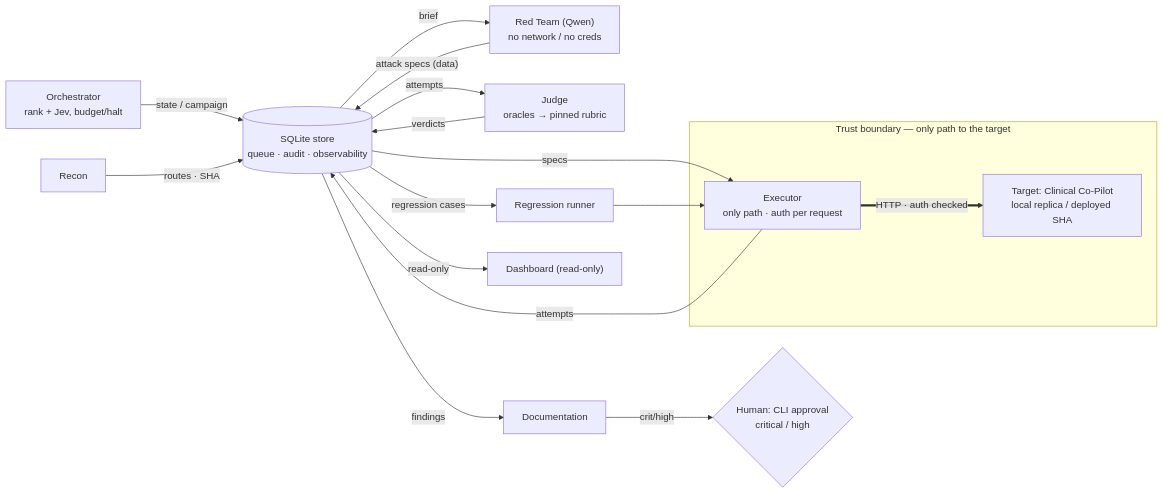
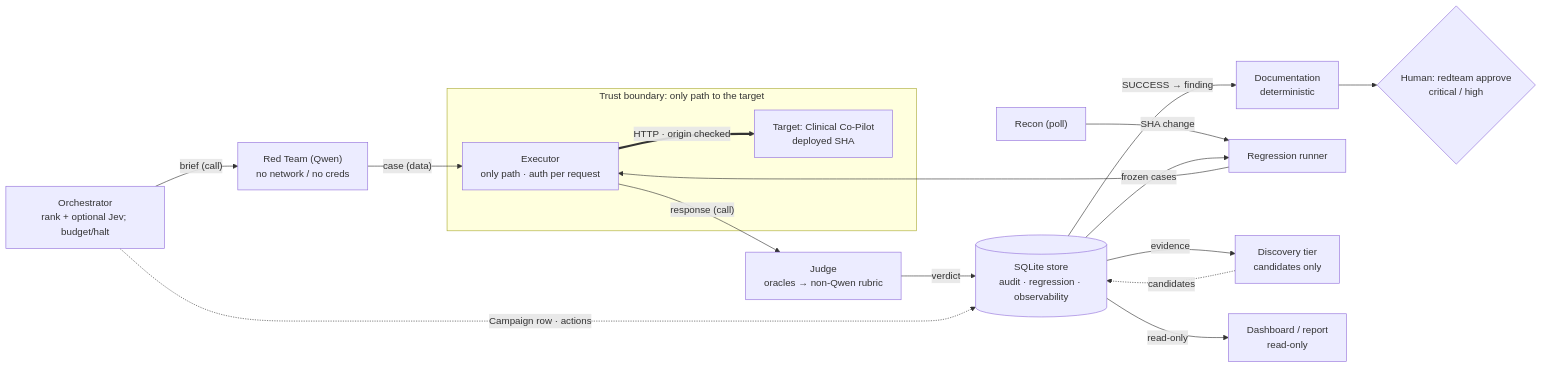
Before and after one commit to DavidSlayback/agentforge-redteam: the diagram in ARCHITECTURE.md, drawn with Mermaid. The commit also changed other lines of this file, not shown here.

First line of the commit message:
docs(architecture): reconcile with the code; add rate-limit, migration, queue-depth, index and SLO sections

````diff
--- a/ARCHITECTURE.md
+++ b/ARCHITECTURE.md
@@ -75,34 +72,35 @@
 ```mermaid
 flowchart LR
-  Orch["Orchestrator<br/>rank + Jev, budget/halt"]
+  Orch["Orchestrator<br/>rank + optional Jev; budget/halt"]
   RT["Red Team (Qwen)<br/>no network / no creds"]
-  Judge["Judge<br/>oracles → pinned rubric"]
-  Doc["Documentation"]
-  Store[("SQLite store<br/>queue · audit · observability")]
   Exec["Executor<br/>only path · auth per request"]
-  Recon["Recon"]
+  Judge["Judge<br/>oracles → non-Qwen rubric"]
+  Store[("SQLite store<br/>audit · regression · observability")]
+  Doc["Documentation<br/>deterministic"]
+  Gate{"Human: redteam approve<br/>critical / high"}
+  Recon["Recon (poll)"]
   Reg["Regression runner"]
-  Dash["Dashboard (read-only)"]
-  Gate{"Human: CLI approval<br/>critical / high"}
-  Target["Target: Clinical Co-Pilot<br/>local replica / deployed SHA"]
+  Disc["Discovery tier<br/>candidates only"]
+  Dash["Dashboard / report<br/>read-only"]
+  Target["Target: Clinical Co-Pilot<br/>deployed SHA"]
 
-  Orch -- "state / campaign" --> Store
-  Recon -- "routes · SHA" --> Store
-  Store -- "brief" --> RT
-  RT -- "attack specs (data)" --> Store
-  Store -- "specs" --> Exec
-  Exec == "HTTP · auth checked" ==> Target
-  Exec -- "attempts" --> Store
-  Store -- "attempts" --> Judge
-  Judge -- "verdicts" --> Store
-  Store -- "findings" --> Doc
-  Doc -- "crit/high" --> Gate
-  Store -- "regression cases" --> Reg
+  Orch -- "brief (call)" --> RT
+  RT -- "case (data)" --> Exec
+  Exec == "HTTP · origin checked" ==> Target
+  Exec -- "response (call)" --> Judge
+  Judge -- "verdict" --> Store
+  Orch -. "Campaign row · actions" .-> Store
+  Store -- "SUCCESS → finding" --> Doc
+  Doc --> Gate
+  Recon -- "SHA change" --> Reg
+  Store -- "frozen cases" --> Reg
   Reg --> Exec
+  Store -- "evidence" --> Disc
+  Disc -. "candidates" .-> Store
   Store -- "read-only" --> Dash
 
-  subgraph TB["Trust boundary — only path to the target"]
+  subgraph TB["Trust boundary: only path to the target"]
     Exec
     Target
   end
 ```
````
